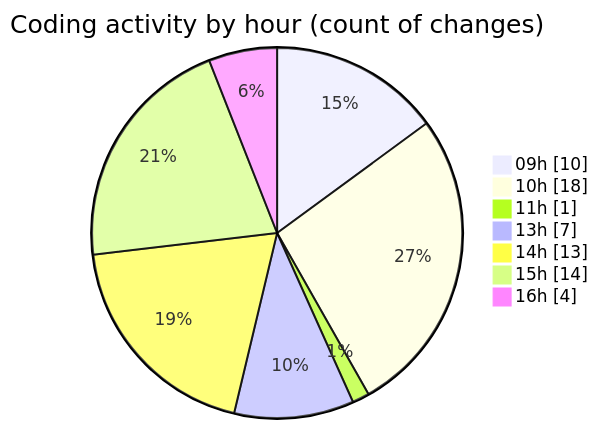
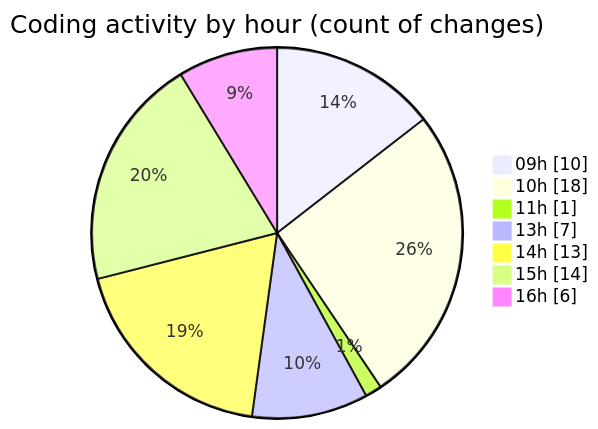
Before and after one commit to nxtqubesakshisongat/code-tracking: the second of 2 diagrams in 2026-04-06/airfeed-analytics-dashboard/README.md, drawn with Mermaid. The commit also changed other lines of this file and 1 other file, not shown here.

````diff
--- a/2026-04-06/airfeed-analytics-dashboard/README.md
+++ b/2026-04-06/airfeed-analytics-dashboard/README.md
@@ -46,11 +47,11 @@
 ```mermaid
 pie showData
 title Coding activity by hour (count of changes)
 "09h" : 10
 "10h" : 18
 "11h" : 1
 "13h" : 7
 "14h" : 13
 "15h" : 14
-"16h" : 4
+"16h" : 6
 ```
````
